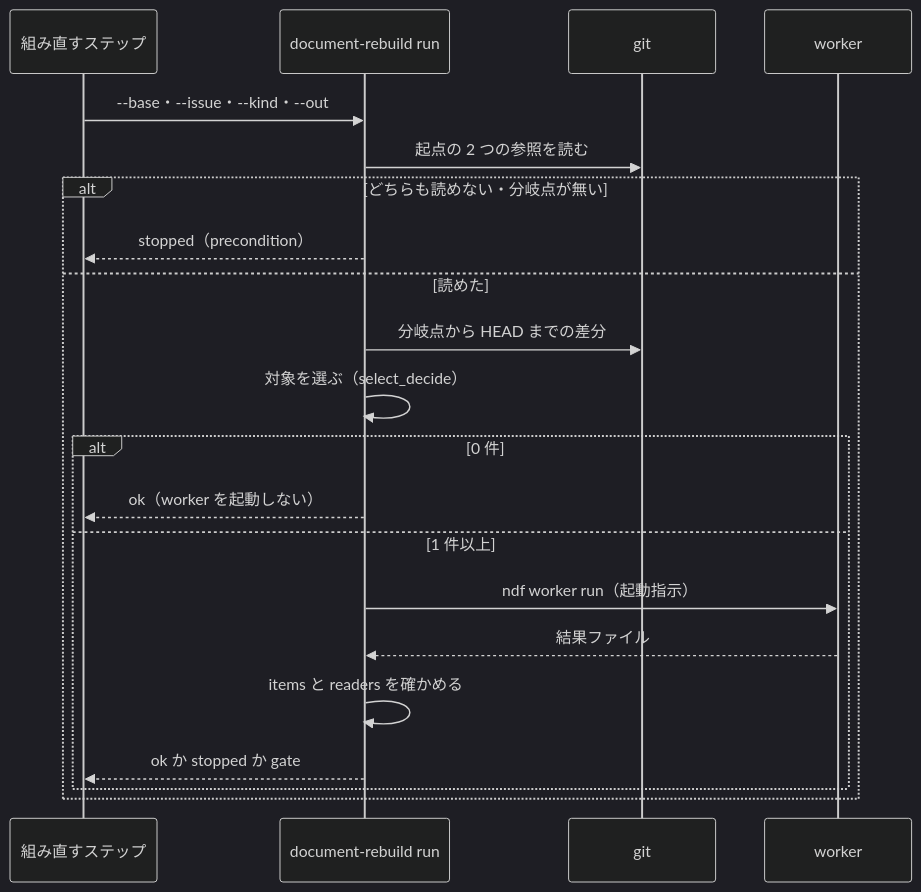
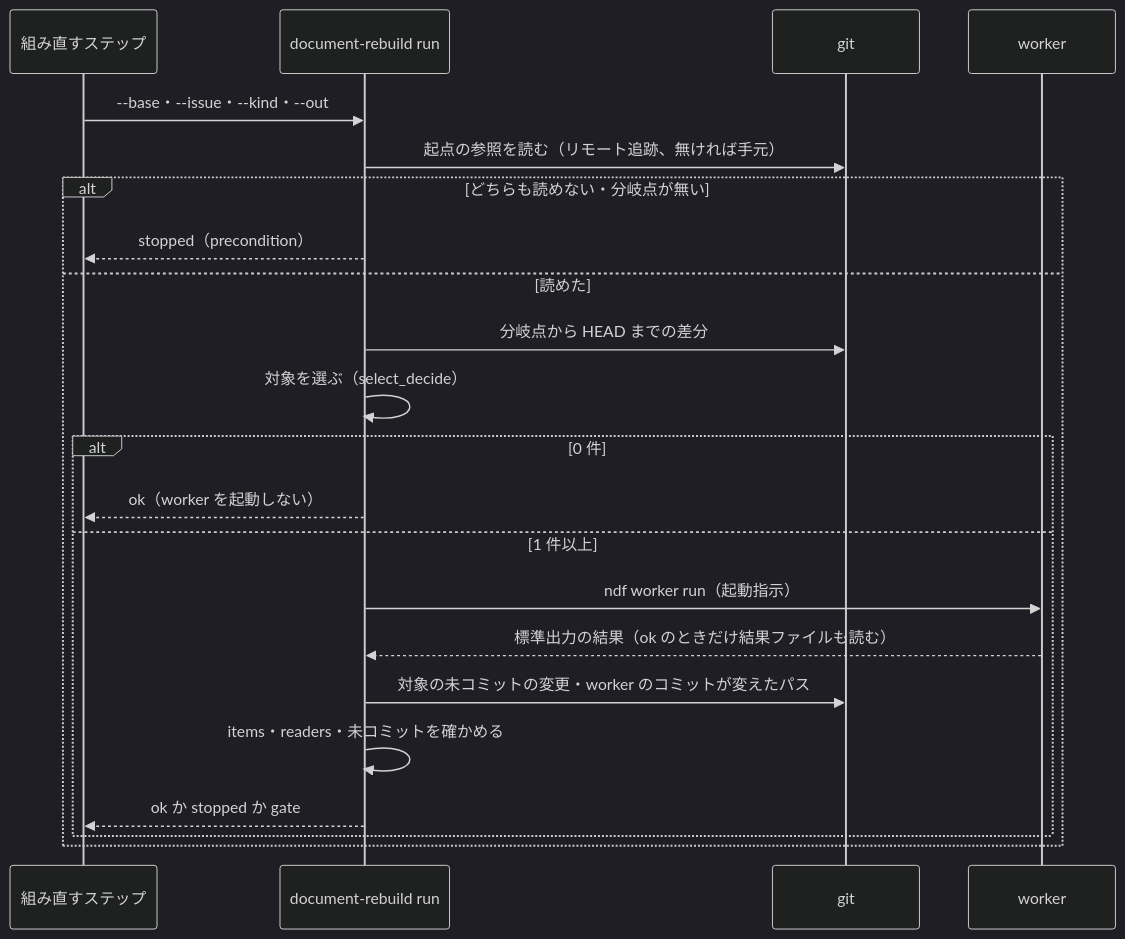
Before and after one commit to devbasex/ai-plugins: the fourth of 4 diagrams in issues/issue-4337-design.md, drawn with Mermaid (dark theme). The commit also changed other lines of this file, not shown here.

Commit message:
Docs: #4337 の設計で、読み手役の不合格の渡し先・起点の参照・worker の結果の読み方・例外の範囲を決める （#4337）

````diff
--- a/issues/issue-4337-design.md
+++ b/issues/issue-4337-design.md
@@ -199,23 +226,24 @@
 ```mermaid
 sequenceDiagram
     participant S as 組み直すステップ
     participant R as document-rebuild run
     participant G as git
     participant W as worker
     S->>R: --base・--issue・--kind・--out
-    R->>G: 起点の 2 つの参照を読む
+    R->>G: 起点の参照を読む（リモート追跡、無ければ手元）
     alt どちらも読めない・分岐点が無い
         R-->>S: stopped（precondition）
     else 読めた
         R->>G: 分岐点から HEAD までの差分
         R->>R: 対象を選ぶ（select_decide）
         alt 0 件
             R-->>S: ok（worker を起動しない）
         else 1 件以上
             R->>W: ndf worker run（起動指示）
-            W-->>R: 結果ファイル
-            R->>R: items と readers を確かめる
+            W-->>R: 標準出力の結果（ok のときだけ結果ファイルも読む）
+            R->>G: 対象の未コミットの変更・worker のコミットが変えたパス
+            R->>R: items・readers・未コミットを確かめる
             R-->>S: ok か stopped か gate
         end
     end
 ```
````
